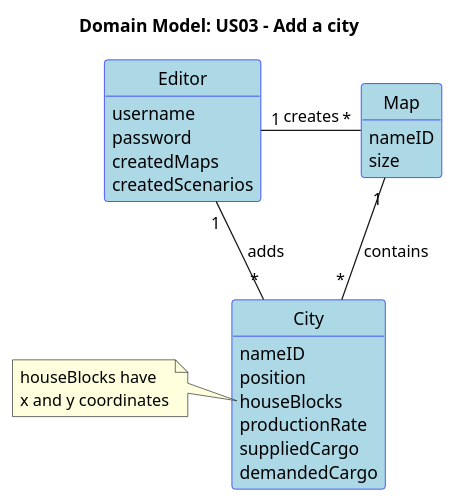
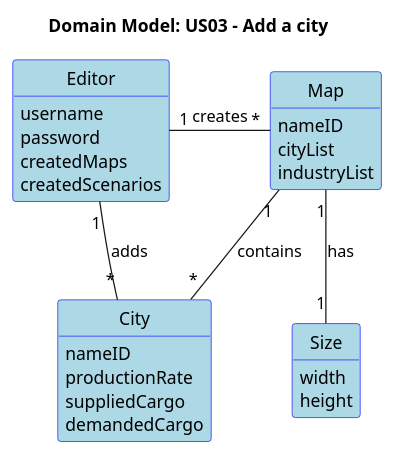
Before and after one commit to HenriqueSilva18/Railway-Network-Simulator: the diagram in docs/system-documentation/Sprint 2/US03/02.analysis/puml/US003-DM.puml, drawn with PlantUML. The commit also changed 11 other files, not shown here.

```diff
--- a/docs/system-documentation/Sprint 2/US03/02.analysis/puml/US003-DM.puml
+++ b/docs/system-documentation/Sprint 2/US03/02.analysis/puml/US003-DM.puml
@@ -1,50 +1,56 @@
 @startuml
 skinparam packageStyle rectangle
 skinparam shadowing false
 skinparam classAttributeIconSize 0
 skinparam class {
   BackgroundColor LightBlue
   BorderColor Blue
 }
 
 
 skinparam classAttributeIconSize 0
 
 hide circle
 hide methods
 
 title Domain Model: US03 - Add a city
 
 class Editor {
    username
    password
    createdMaps
    createdScenarios
 }
 
 class Map {
    nameID
-   size
+   cityList
+   industryList
+}
+
+class Size {
+   width
+   height
 }
 
 class City {
     nameID
-    position
-    houseBlocks
     productionRate
     suppliedCargo
     demandedCargo
 }
 
 note left of City::houseBlocks
   houseBlocks have
   x and y coordinates
 end note
 
 
 Map "1" -- "*" City: contains
 
 Editor "1" -- "*" City: adds
 Editor "1" - "*" Map: creates
 
+Map "1" -- "1" Size: has
+
 @enduml
```
